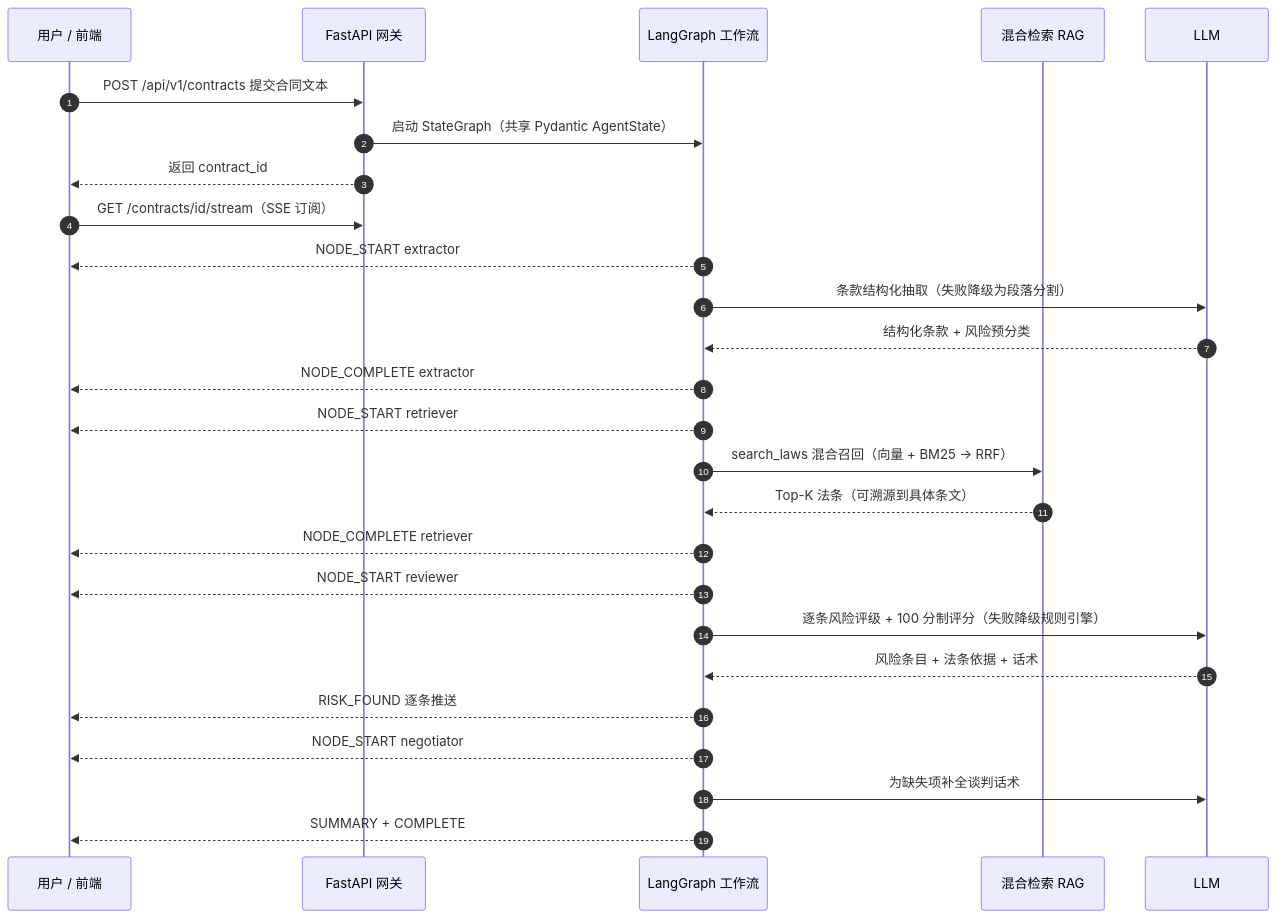
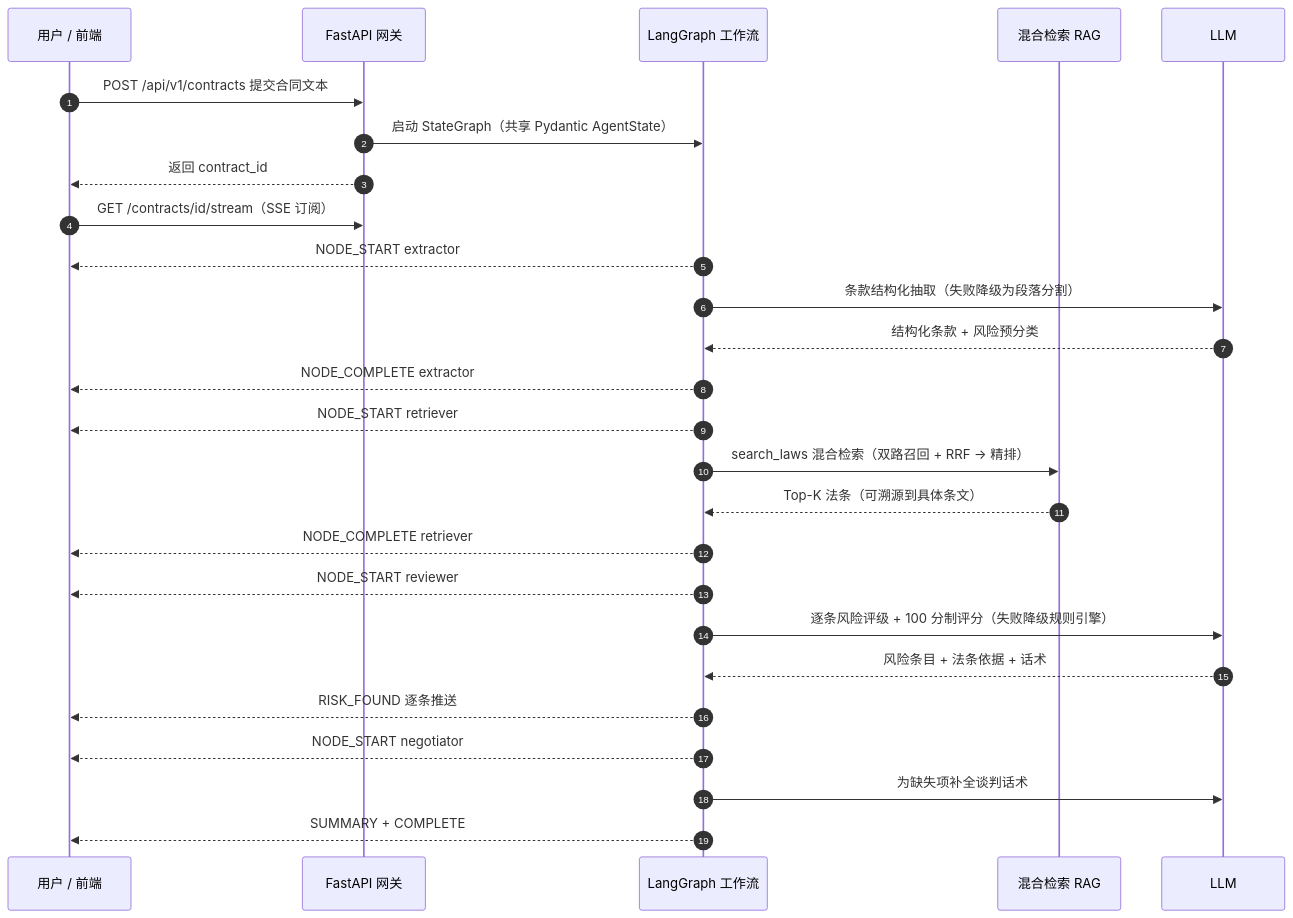
Before and after one commit to SFANBLOG/lumos: the second of 2 diagrams in README.md, drawn with Mermaid. The commit also changed other lines of this file and 5 other files, not shown here.

````diff
--- a/README.md
+++ b/README.md
@@ -164,33 +167,33 @@
 ```mermaid
 sequenceDiagram
     autonumber
     participant U as 用户 / 前端
     participant API as FastAPI 网关
     participant G as LangGraph 工作流
     participant R as 混合检索 RAG
     participant L as LLM
 
     U->>API: POST /api/v1/contracts 提交合同文本
     API->>G: 启动 StateGraph（共享 Pydantic AgentState）
     API-->>U: 返回 contract_id
 
     U->>API: GET /contracts/id/stream（SSE 订阅）
     G-->>U: NODE_START extractor
     G->>L: 条款结构化抽取（失败降级为段落分割）
     L-->>G: 结构化条款 + 风险预分类
     G-->>U: NODE_COMPLETE extractor
 
     G-->>U: NODE_START retriever
-    G->>R: search_laws 混合召回（向量 + BM25 → RRF）
+    G->>R: search_laws 混合检索（双路召回 + RRF → 精排）
     R-->>G: Top-K 法条（可溯源到具体条文）
     G-->>U: NODE_COMPLETE retriever
 
     G-->>U: NODE_START reviewer
     G->>L: 逐条风险评级 + 100 分制评分（失败降级规则引擎）
     L-->>G: 风险条目 + 法条依据 + 话术
     G-->>U: RISK_FOUND 逐条推送
 
     G-->>U: NODE_START negotiator
     G->>L: 为缺失项补全谈判话术
     G-->>U: SUMMARY + COMPLETE
 ```
````
